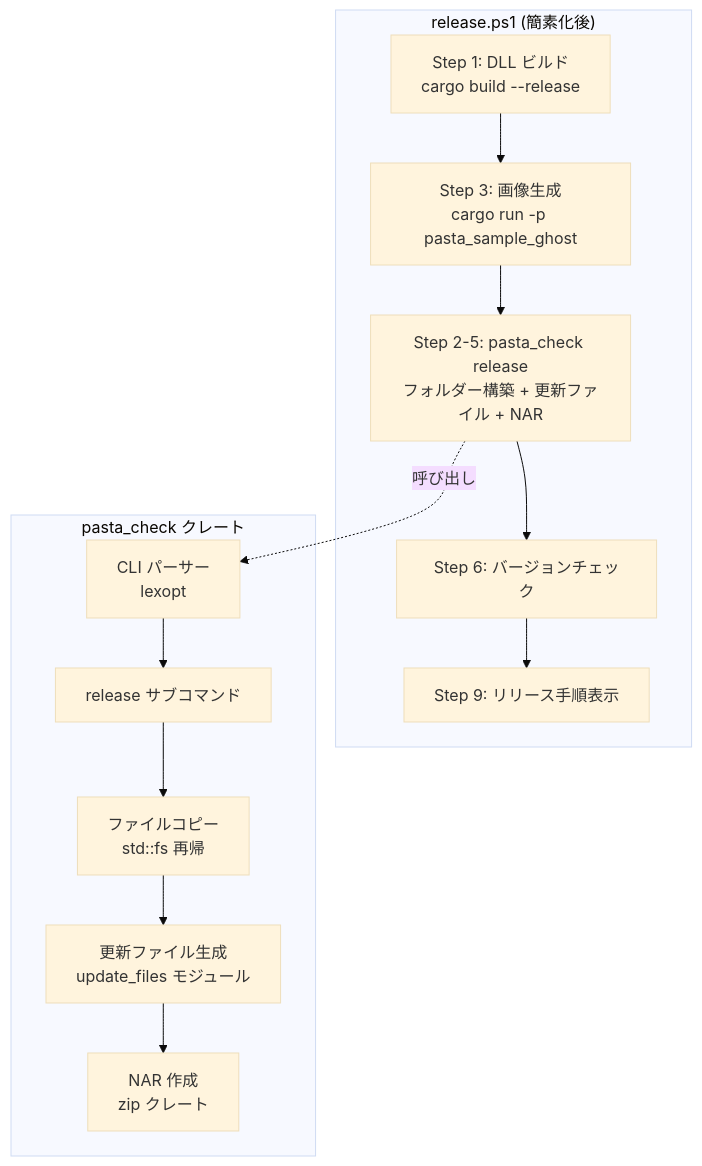
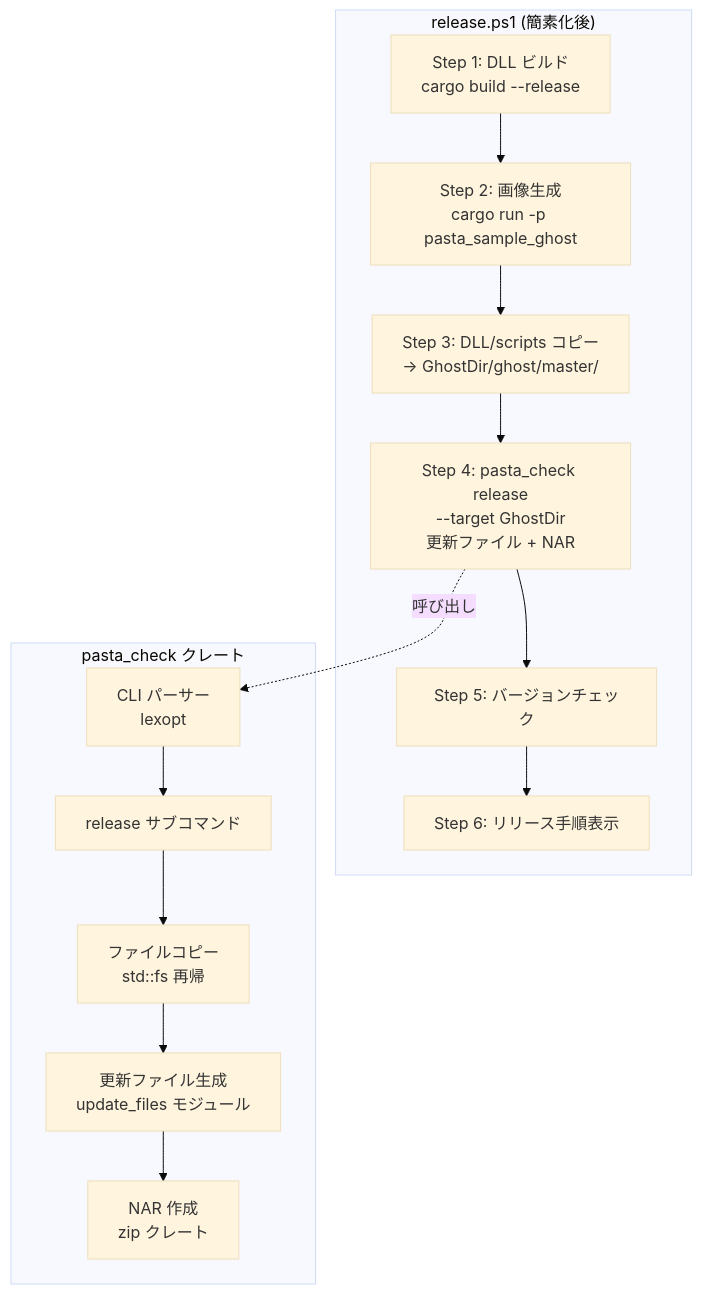
One commit to ekicyou/pasta changed the first of 3 diagrams in .kiro/specs/pasta-check/design.md. Above: the diagram before and after it, drawn with Mermaid (base theme). The commit also changed other lines of this file and 2 other files, not shown here.

First line of the commit message:
docs(pasta-check): 議題1クローズ - ghosts/hello-pasta=完全開発フォルダー、dist-src廃止

````diff
--- a/.kiro/specs/pasta-check/design.md
+++ b/.kiro/specs/pasta-check/design.md
@@ -42,29 +44,31 @@
 ```mermaid
 graph TD
     subgraph "release.ps1 (簡素化後)"
         S1["Step 1: DLL ビルド<br/>cargo build --release"]
-        S3["Step 3: 画像生成<br/>cargo run -p pasta_sample_ghost"]
-        S_PC["Step 2-5: pasta_check release<br/>フォルダー構築 + 更新ファイル + NAR"]
-        S6["Step 6: バージョンチェック"]
-        S9["Step 9: リリース手順表示"]
+        S2["Step 2: 画像生成<br/>cargo run -p pasta_sample_ghost"]
+        S3["Step 3: DLL/scripts コピー<br/>→ GhostDir/ghost/master/"]
+        S_PC["Step 4: pasta_check release<br/>--target GhostDir<br/>更新ファイル + NAR"]
+        S5["Step 5: バージョンチェック"]
+        S6["Step 6: リリース手順表示"]
     end
 
     subgraph "pasta_check クレート"
         CLI["CLI パーサー<br/>lexopt"]
         REL["release サブコマンド"]
         COPY["ファイルコピー<br/>std::fs 再帰"]
         UPD["更新ファイル生成<br/>update_files モジュール"]
         NAR["NAR 作成<br/>zip クレート"]
     end
 
-    S1 --> S3
+    S1 --> S2
+    S2 --> S3
     S3 --> S_PC
-    S_PC --> S6
-    S6 --> S9
+    S_PC --> S5
+    S5 --> S6
 
     S_PC -.->|"呼び出し"| CLI
     CLI --> REL
     REL --> COPY
     COPY --> UPD
     UPD --> NAR
 ```
````
